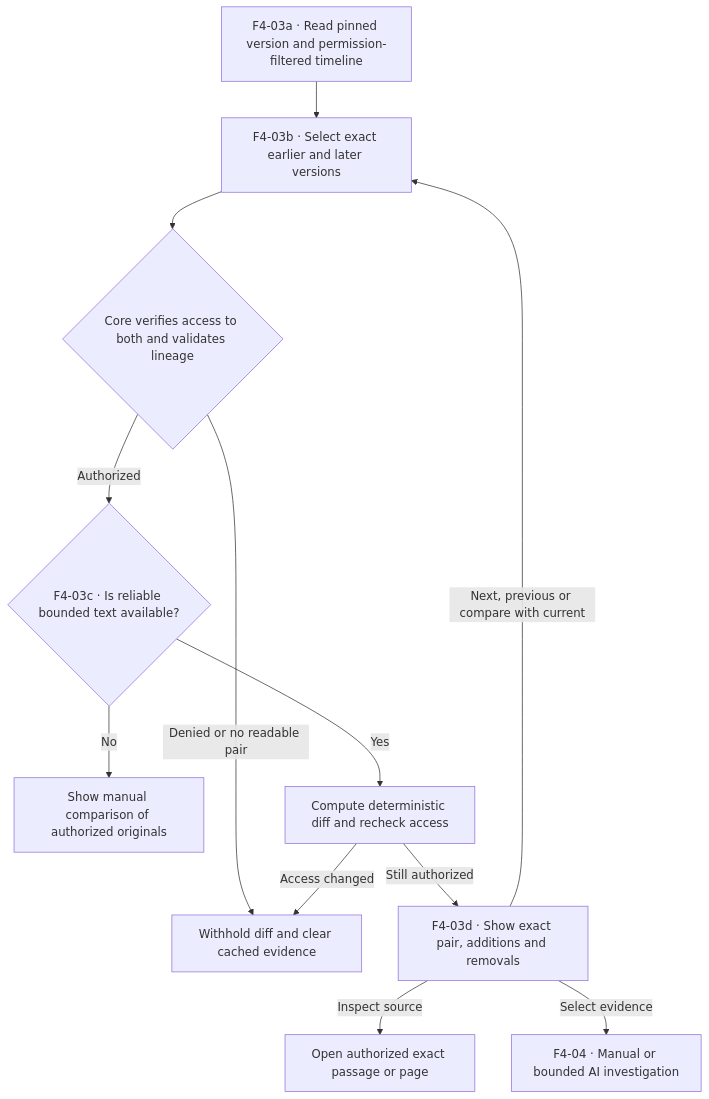
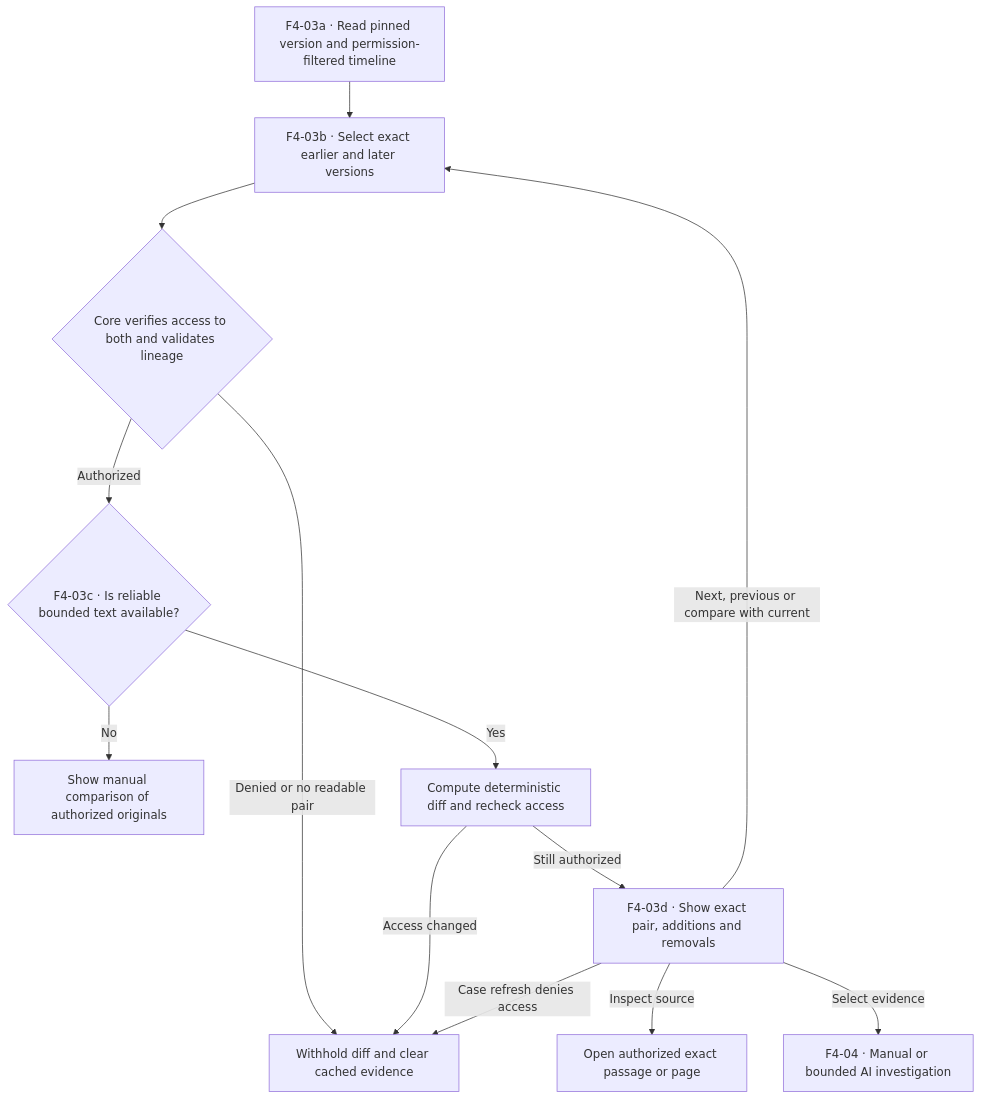
The fourth of 7 diagrams in docs/product/flows/flow-4-sequences.md (Arden-Enterprise/Arden), drawn with Mermaid before and after one commit. The commit also changed 3 other files, not shown here.

````diff
--- a/docs/product/flows/flow-4-sequences.md
+++ b/docs/product/flows/flow-4-sequences.md
@@ -94,14 +94,15 @@
 ```mermaid
 flowchart TD
     A["F4-03a · Read pinned version and permission-filtered timeline"] --> B["F4-03b · Select exact earlier and later versions"]
     B --> C{"Core verifies access to both and validates lineage"}
     C -->|"Denied or no readable pair"| X["Withhold diff and clear cached evidence"]
     C -->|"Authorized"| D{"F4-03c · Is reliable bounded text available?"}
     D -->|"No"| M["Show manual comparison of authorized originals"]
     D -->|"Yes"| E["Compute deterministic diff and recheck access"]
     E -->|"Still authorized"| F["F4-03d · Show exact pair, additions and removals"]
     E -->|"Access changed"| X
     F -->|"Next, previous or compare with current"| B
+    F -->|"Case refresh denies access"| X
     F -->|"Inspect source"| G["Open authorized exact passage or page"]
     F -->|"Select evidence"| H["F4-04 · Manual or bounded AI investigation"]
 ```
````
